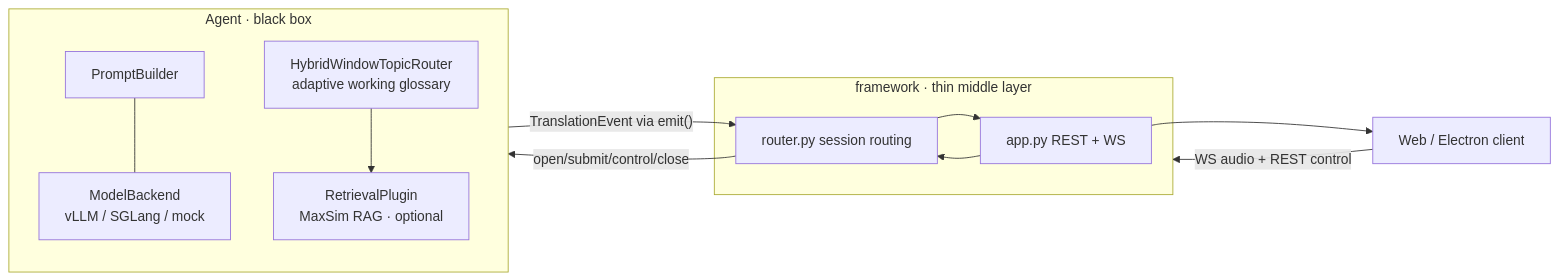
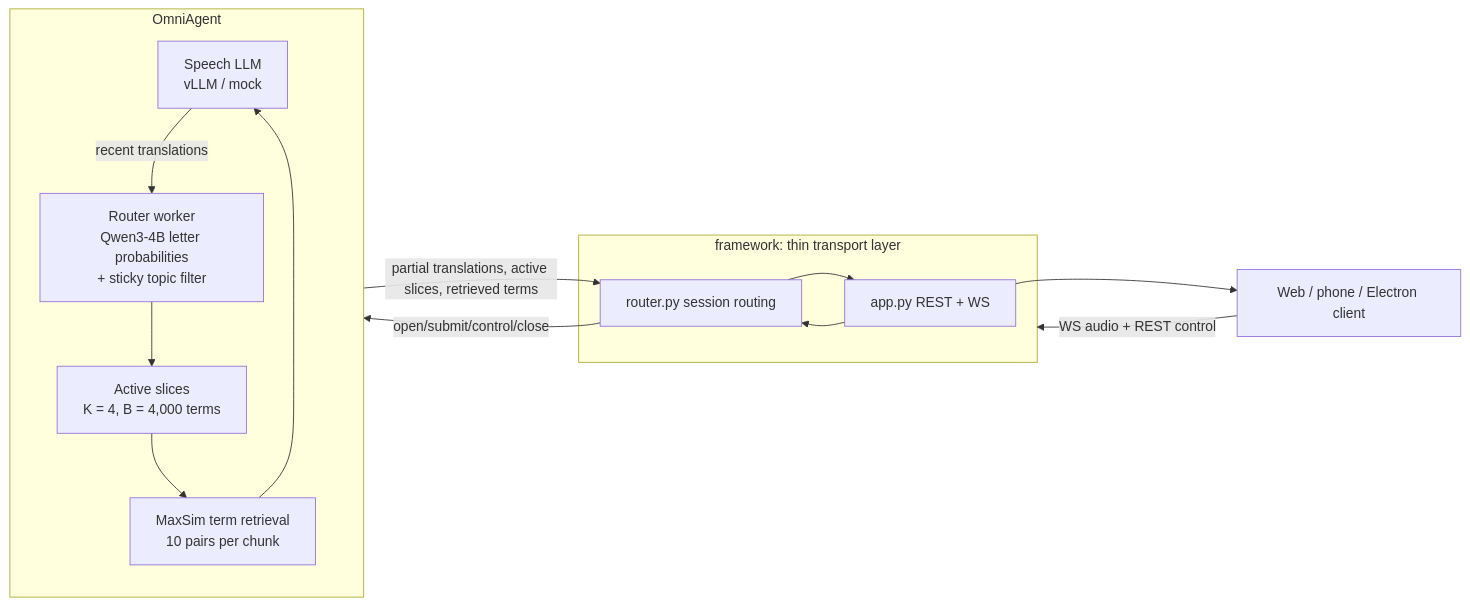
The diagram in README.md (luojiaxuan/autoterm-sst), drawn with Mermaid before and after one commit. The commit also changed other lines of this file and 122 other files, not shown here.

First line of the commit message:
Describe the language-model router in the README and drop internal files from main (#4)

````diff
--- a/README.md
+++ b/README.md
@@ -73,15 +48,17 @@
 ```mermaid
 flowchart LR
-    Client[Web / Electron client] -- WS audio + REST control --> FW
-    subgraph FW[framework  ·  thin middle layer]
+    Client[Web / phone / Electron client] -- WS audio + REST control --> FW
+    subgraph FW[framework: thin transport layer]
       APP[app.py REST + WS] --> RT[router.py session routing]
     end
     RT -- open/submit/control/close --> AG
-    subgraph AG[Agent  ·  black box]
+    subgraph AG[OmniAgent]
       direction TB
-      PB[PromptBuilder] --- BK[ModelBackend\nvLLM / SGLang / mock]
-      RET[RetrievalPlugin\nMaxSim RAG · optional]
-      TR[HybridWindowTopicRouter\nadaptive working glossary] --> RET
+      LLM[Speech LLM\nvLLM / mock]
+      W[Router worker\nQwen3-4B letter probabilities\n+ sticky topic filter] --> S[Active slices\nK = 4, B = 4,000 terms]
+      S --> RET[MaxSim term retrieval\n10 pairs per chunk]
+      RET --> LLM
+      LLM -- recent translations --> W
     end
-    AG -- TranslationEvent via emit() --> RT --> APP --> Client
+    AG -- partial translations, active slices, retrieved terms --> RT --> APP --> Client
 ```
````
